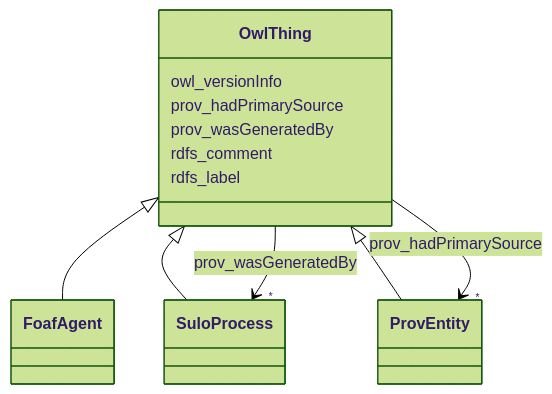
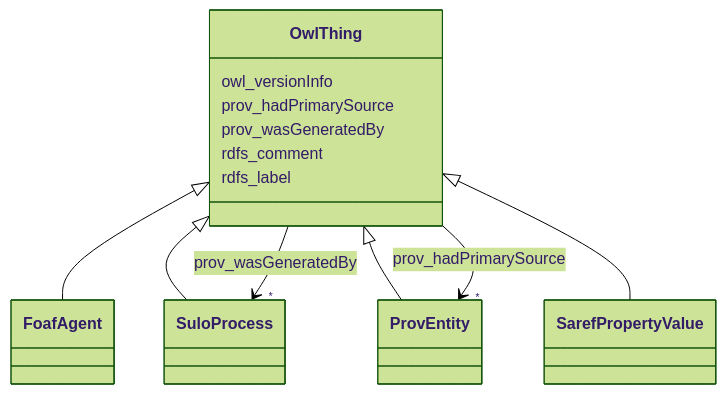
One commit to faqirfoundation/questionnaire-ontology changed the diagram in docs/OwlThing.md. Above: the diagram before and after it, drawn with Mermaid (forest theme). The commit also changed other lines of this file and 603 other files, not shown here.

````diff
--- a/docs/OwlThing.md
+++ b/docs/OwlThing.md
@@ -19,41 +18,43 @@
 ```mermaid
  classDiagram
     class OwlThing
-    click OwlThing href "../OwlThing"
+    click OwlThing href "../OwlThing/"
       OwlThing <|-- FoafAgent
-        click FoafAgent href "../FoafAgent"
+        click FoafAgent href "../FoafAgent/"
       OwlThing <|-- SuloProcess
-        click SuloProcess href "../SuloProcess"
+        click SuloProcess href "../SuloProcess/"
       OwlThing <|-- ProvEntity
-        click ProvEntity href "../ProvEntity"
+        click ProvEntity href "../ProvEntity/"
+      OwlThing <|-- SarefPropertyValue
+        click SarefPropertyValue href "../SarefPropertyValue/"
       
       OwlThing : owl_versionInfo
         
       OwlThing : prov_hadPrimarySource
         
           
     
         
         
         OwlThing --> "*" ProvEntity : prov_hadPrimarySource
-        click ProvEntity href "../ProvEntity"
+        click ProvEntity href "../ProvEntity/"
     
 
         
       OwlThing : prov_wasGeneratedBy
         
           
     
         
         
         OwlThing --> "*" SuloProcess : prov_wasGeneratedBy
-        click SuloProcess href "../SuloProcess"
+        click SuloProcess href "../SuloProcess/"
     
 
         
       OwlThing : rdfs_comment
         
       OwlThing : rdfs_label
         
       
 ```
````
